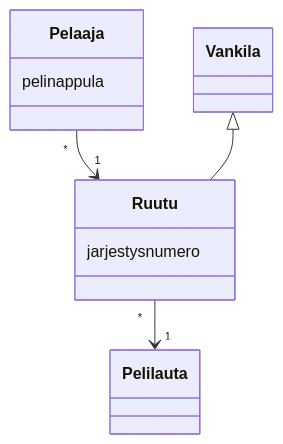
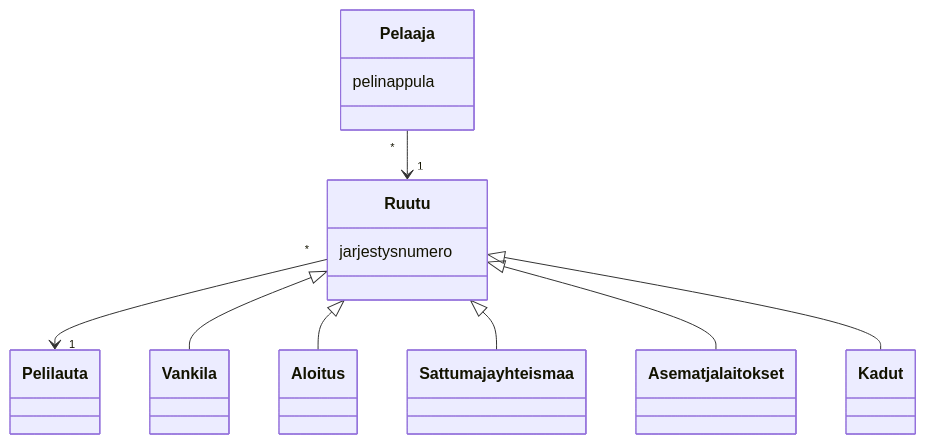
Before and after one commit to VilleJuhan1/ot-harjoitustyo: the diagram in laskarit/viikko3/luokkakaavio_monopoli.md, drawn with Mermaid.

Commit message:
Lisää luokkakaavioita

````diff
--- a/laskarit/viikko3/luokkakaavio_monopoli.md
+++ b/laskarit/viikko3/luokkakaavio_monopoli.md
@@ -3,18 +3,22 @@
 ```mermaid
 classDiagram
 
 %% Alustetaan luokat ja niiden suhteet
     Ruutu "*" --> "1" Pelilauta
     Pelaaja "*" --> "1" Ruutu
-    Vankila <|-- Ruutu
+    Ruutu <|-- Vankila
+    Ruutu <|-- Aloitus
+    Ruutu <|-- Sattuma ja yhteismaa
+    Ruutu <|-- Asemat ja laitokset
+    Ruutu <|-- Kadut
 
-%% Määritetään luokkien ominaisuudet
+%% Määritetään yläluokkien ominaisuudet
     class Pelilauta{
     }
     class Ruutu{
         jarjestysnumero
     }
     class Pelaaja{
         pelinappula
     }
 ```    
````
